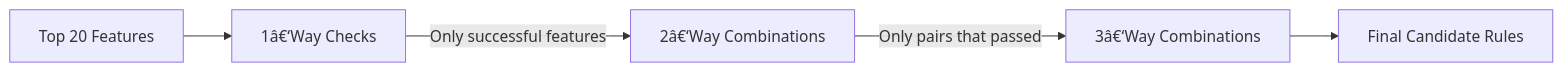
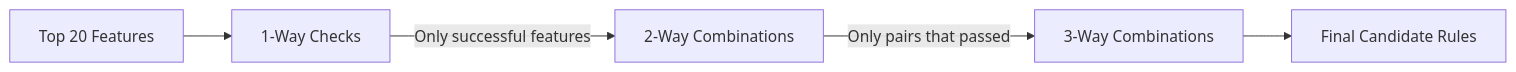
Before and after one commit to B2BDA/RapidSegment: the fourth of 4 diagrams in README.md, drawn with Mermaid. The commit also changed other lines of this file, not shown here.

````diff
--- a/README.md
+++ b/README.md
@@ -325,7 +324,7 @@
 ```mermaid
 flowchart LR
-    A[Top 20 Features] --> B[1â€‘Way Checks]
-    B -->|Only successful features| C[2â€‘Way Combinations]
-    C -->|Only pairs that passed| D[3â€‘Way Combinations]
+    A[Top 20 Features] --> B[1‑Way Checks]
+    B -->|Only successful features| C[2‑Way Combinations]
+    C -->|Only pairs that passed| D[3‑Way Combinations]
     D --> E[Final Candidate Rules]
 ```
````
